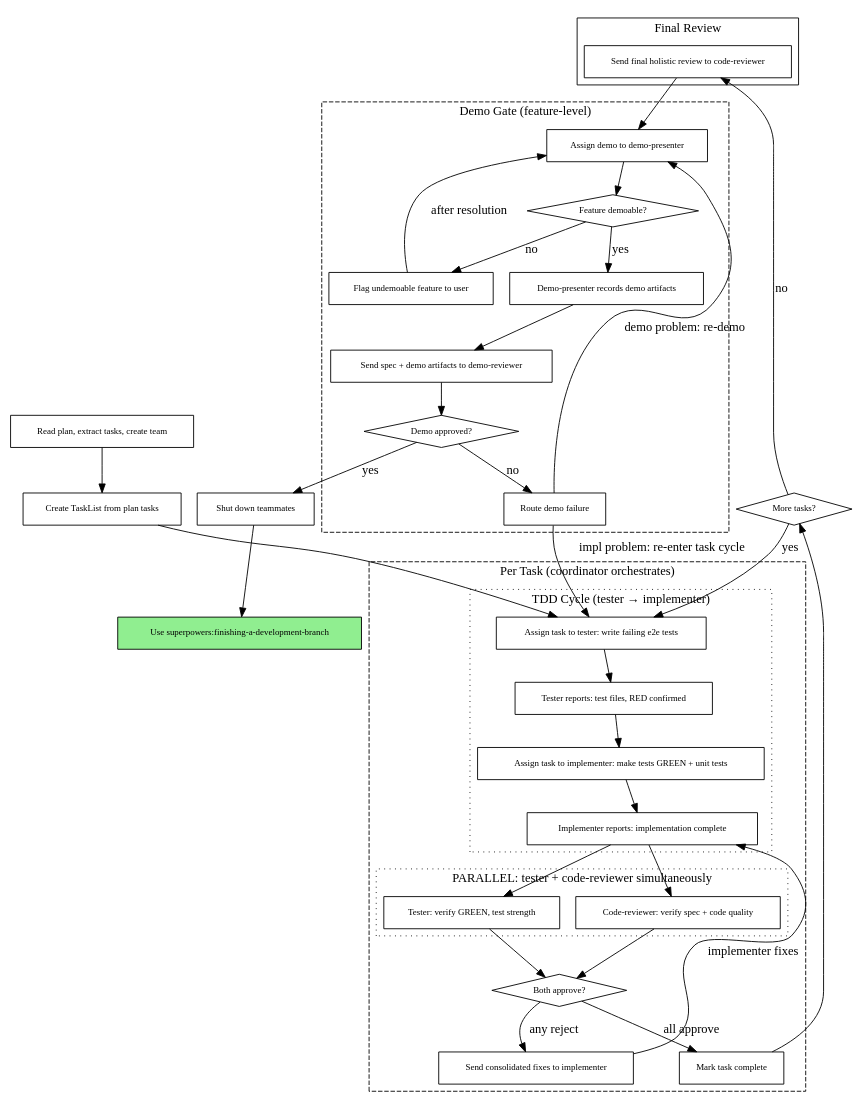
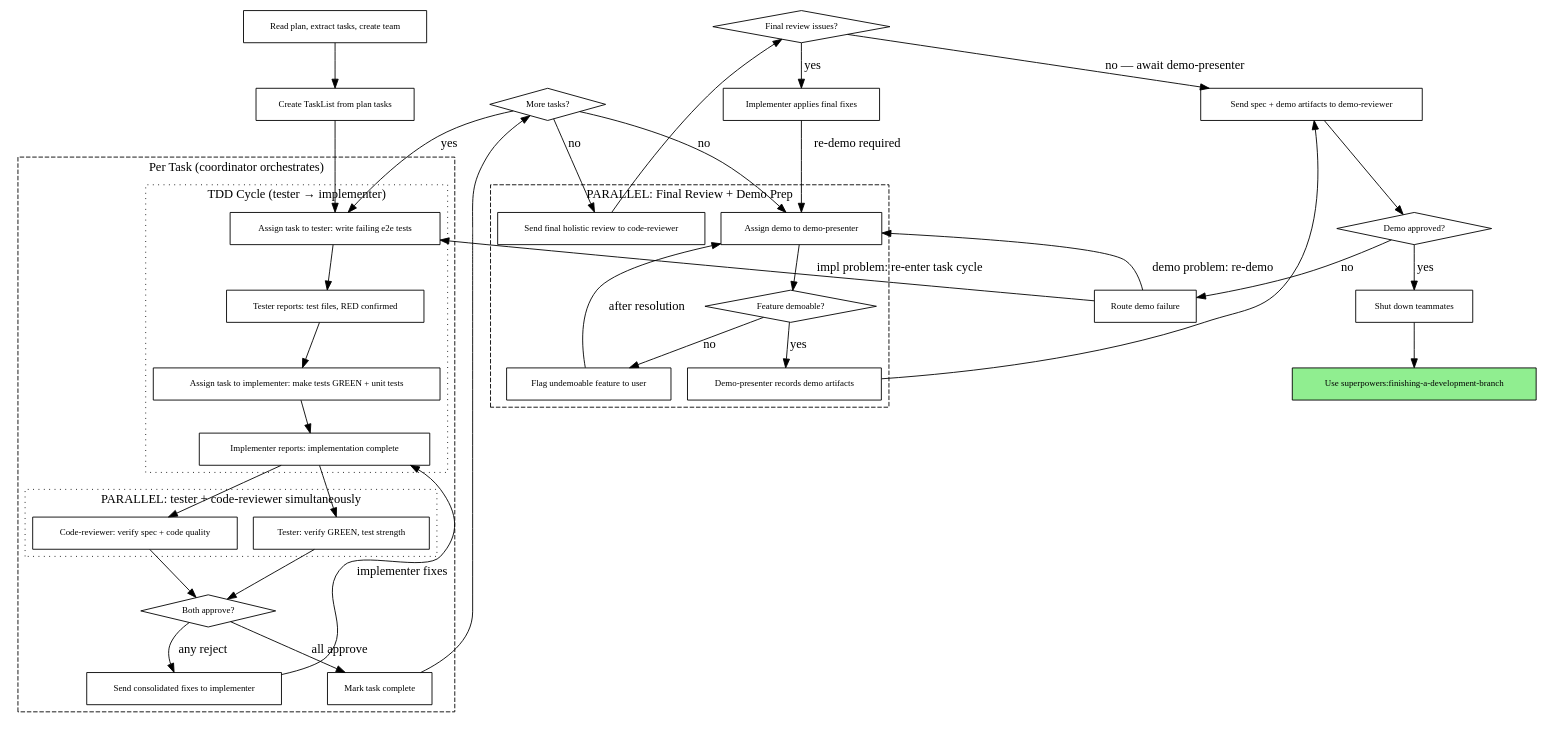
One commit to pedropaulovc/personal-marketplace changed the second of 2 diagrams in plugins/superpowers/skills/subagent-driven-development/SKILL.md. Above: the diagram before and after it, drawn with Graphviz. The commit also changed other lines of this file and 1 other file, not shown here.

First line of the commit message:
feat: demo-presenter runs in parallel with final holistic review (v4.3.0.7)

```diff
--- a/plugins/superpowers/skills/subagent-driven-development/SKILL.md
+++ b/plugins/superpowers/skills/subagent-driven-development/SKILL.md
@@ -81,22 +81,21 @@
 
     "More tasks?" [shape=diamond];
 
-    subgraph cluster_final_review {
-        label="Final Review";
+    subgraph cluster_final_phase {
+        label="PARALLEL: Final Review + Demo Prep";
+        style=dashed;
         "Send final holistic review to code-reviewer" [shape=box];
-    }
-
-    subgraph cluster_demo {
-        label="Demo Gate (feature-level)";
-        style=dashed;
         "Assign demo to demo-presenter" [shape=box];
         "Feature demoable?" [shape=diamond];
         "Flag undemoable feature to user" [shape=box];
         "Demo-presenter records demo artifacts" [shape=box];
-        "Send spec + demo artifacts to demo-reviewer" [shape=box];
-        "Demo approved?" [shape=diamond];
-        "Route demo failure" [shape=box];
     }
+
+    "Final review issues?" [shape=diamond];
+    "Implementer applies final fixes" [shape=box];
+    "Send spec + demo artifacts to demo-reviewer" [shape=box];
+    "Demo approved?" [shape=diamond];
+    "Route demo failure" [shape=box];
 
     "Shut down teammates" [shape=box];
     "Use superpowers:finishing-a-development-branch" [shape=box style=filled fillcolor=lightgreen];
@@ -125,16 +124,22 @@
     "Mark task complete" -> "More tasks?";
     "More tasks?" -> "Assign task to tester: write failing e2e tests" [label="yes"];
     "More tasks?" -> "Send final holistic review to code-reviewer" [label="no"];
+    "More tasks?" -> "Assign demo to demo-presenter" [label="no"];
 
-    // Final review
-    "Send final holistic review to code-reviewer" -> "Assign demo to demo-presenter";
+    // Final review (parallel with demo prep)
+    "Send final holistic review to code-reviewer" -> "Final review issues?";
+    "Final review issues?" -> "Implementer applies final fixes" [label="yes"];
+    "Implementer applies final fixes" -> "Assign demo to demo-presenter" [label="re-demo required"];
+    "Final review issues?" -> "Send spec + demo artifacts to demo-reviewer" [label="no — await demo-presenter"];
 
-    // Demo gate
+    // Demo prep (parallel with final review)
     "Assign demo to demo-presenter" -> "Feature demoable?";
     "Feature demoable?" -> "Flag undemoable feature to user" [label="no"];
     "Flag undemoable feature to user" -> "Assign demo to demo-presenter" [label="after resolution"];
     "Feature demoable?" -> "Demo-presenter records demo artifacts" [label="yes"];
     "Demo-presenter records demo artifacts" -> "Send spec + demo artifacts to demo-reviewer";
+
+    // Demo review
     "Send spec + demo artifacts to demo-reviewer" -> "Demo approved?";
     "Demo approved?" -> "Route demo failure" [label="no"];
     "Route demo failure" -> "Assign demo to demo-presenter" [label="demo problem: re-demo"];
```
